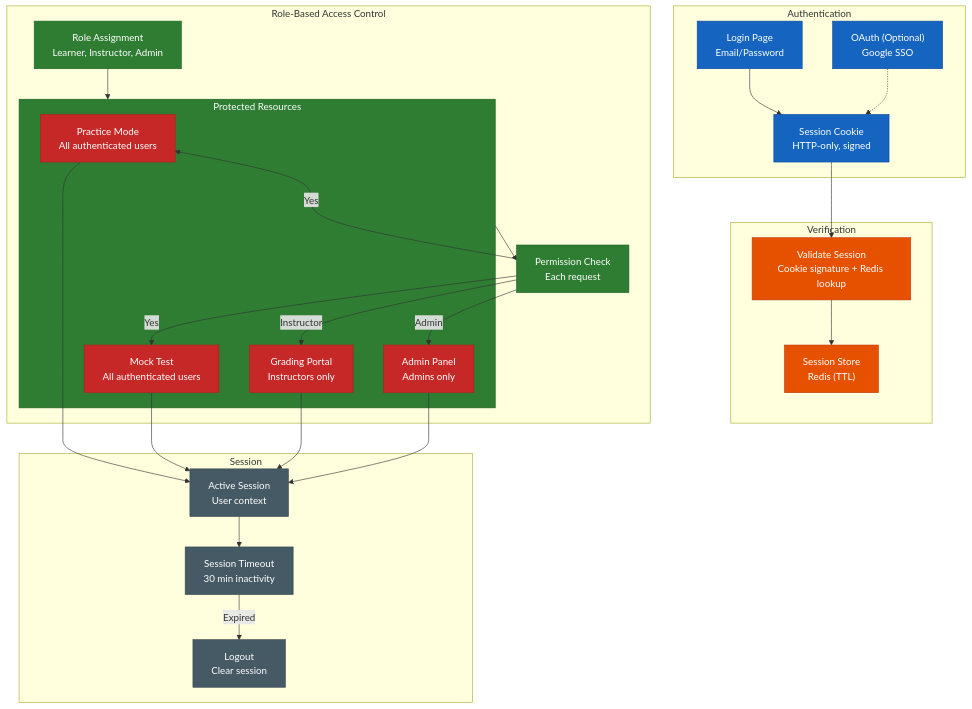
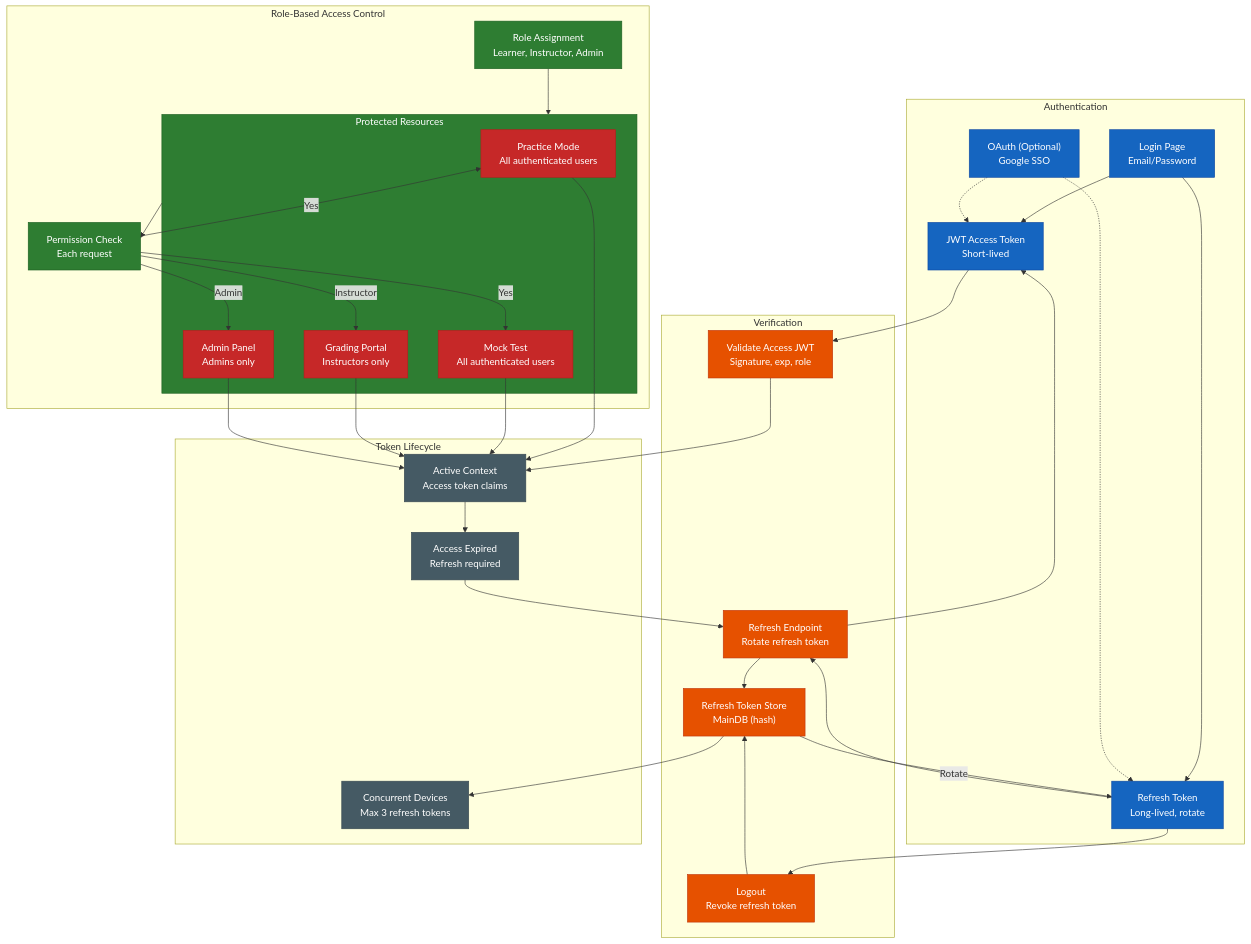
One commit to nghyane/VSTEP changed the eighth of 8 diagrams in docs/capstone/diagrams/flow-diagrams.md. Above: the diagram before and after it, drawn with Mermaid. The commit also changed other lines of this file and 6 other files, not shown here.

First line of the commit message:
docs(specs): add Mermaid diagrams to all specs for visual clarity

````diff
--- a/docs/capstone/diagrams/flow-diagrams.md
+++ b/docs/capstone/diagrams/flow-diagrams.md
@@ -570,62 +570,74 @@
 ```mermaid
 flowchart TB
     subgraph Auth ["Authentication"]
         Login["Login Page<br/>Email/Password"]
         OAuth["OAuth (Optional)<br/>Google SSO"]
-        SessionCookie["Session Cookie<br/>HTTP-only, signed"]
+        AccessToken["JWT Access Token<br/>Short-lived"]
+        RefreshToken["Refresh Token<br/>Long-lived, rotate"]
     end
 
     subgraph Verify ["Verification"]
-        ValidateSession["Validate Session<br/>Cookie signature + Redis lookup"]
-        SessionStore["Session Store<br/>Redis (TTL)"]
+        ValidateAccess["Validate Access JWT<br/>Signature, exp, role"]
+        Refresh["Refresh Endpoint<br/>Rotate refresh token"]
+        RefreshStore["Refresh Token Store<br/>MainDB (hash)"]
+        Logout["Logout<br/>Revoke refresh token"]
     end
 
     subgraph RBAC ["Role-Based Access Control"]
         Roles["Role Assignment<br/>Learner, Instructor, Admin"]
         Permissions["Permission Matrix<br/>Based on role"]
         Check["Permission Check<br/>Each request"]
     end
 
     subgraph Permissions ["Protected Resources"]
         PracticeRes["Practice Mode<br/>All authenticated users"]
         MockRes["Mock Test<br/>All authenticated users"]
         GradingRes["Grading Portal<br/>Instructors only"]
         AdminRes["Admin Panel<br/>Admins only"]
     end
 
-    subgraph Session ["Session"]
-        Active["Active Session<br/>User context"]
-        Timeout["Session Timeout<br/>30 min inactivity"]
-        Logout["Logout<br/>Clear session"]
+    subgraph Tokens ["Token Lifecycle"]
+        Active["Active Context<br/>Access token claims"]
+        AccessExp["Access Expired<br/>Refresh required"]
+        Concurrent["Concurrent Devices<br/>Max 3 refresh tokens"]
     end
 
-    Login --> SessionCookie
-    OAuth -.-> SessionCookie
-    SessionCookie --> ValidateSession
-    ValidateSession --> SessionStore
+    Login --> AccessToken
+    Login --> RefreshToken
+    OAuth -.-> AccessToken
+    OAuth -.-> RefreshToken
+    AccessToken --> ValidateAccess
+    ValidateAccess --> Active
+    Active --> AccessExp
+    AccessExp --> Refresh
+    RefreshToken --> Refresh
+    Refresh --> RefreshStore
+    RefreshStore -->|"Rotate"| RefreshToken
+    Refresh --> AccessToken
+    RefreshStore --> Concurrent
+    RefreshToken --> Logout
+    Logout --> RefreshStore
     Roles --> Permissions
     Permissions --> Check
     Check -->|Yes| PracticeRes
     Check -->|Yes| MockRes
     Check -->|Instructor| GradingRes
     Check -->|Admin| AdminRes
     PracticeRes --> Active
     MockRes --> Active
     GradingRes --> Active
     AdminRes --> Active
-    Active --> Timeout
-    Timeout -->|Expired| Logout
 
     classDef auth fill:#1565c0,stroke:#0d47a1,color:#fff
     classDef verify fill:#e65100,stroke:#bf360c,color:#fff
     classDef rbac fill:#2e7d32,stroke:#1b5e20,color:#fff
     classDef permissions fill:#c62828,stroke:#b71c1c,color:#fff
     classDef resources fill:#6a1b9a,stroke:#4a148c,color:#fff
     classDef session fill:#455a64,stroke:#37474f,color:#fff
 
-    class Login,OAuth,SessionCookie auth
-    class ValidateSession,SessionStore verify
+    class Login,OAuth,AccessToken,RefreshToken auth
+    class ValidateAccess,Refresh,RefreshStore,Logout verify
     class Roles,Permissions,Check rbac
     class PracticeRes,MockRes,GradingRes,AdminRes permissions
-    class Active,Timeout,Logout session
+    class Active,AccessExp,Concurrent session
 ```
````
